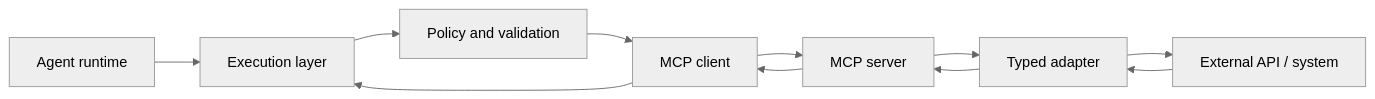
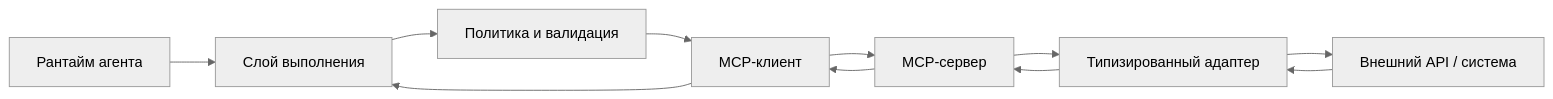
Before and after one commit to agent-axiom/agent-arch: the diagram in docs/book/part-iv/chapter-9.md, drawn with Mermaid (neutral theme). The commit also changed other lines of this file, not shown here.

````diff
--- a/docs/book/part-iv/chapter-9.md
+++ b/docs/book/part-iv/chapter-9.md
@@ -111,13 +111,13 @@
 ``` mermaid
 flowchart LR
-    A["Agent runtime"] --> B["Execution layer"]
-    B --> C["Policy and validation"]
-    C --> D["MCP client"]
-    D --> E["MCP server"]
-    E --> F["Typed adapter"]
-    F --> G["External API / system"]
+    A["Рантайм агента"] --> B["Слой выполнения"]
+    B --> C["Политика и валидация"]
+    C --> D["MCP-клиент"]
+    D --> E["MCP-сервер"]
+    E --> F["Типизированный адаптер"]
+    F --> G["Внешний API / система"]
     G --> F
     F --> E
     E --> D
     D --> B
 ```
````
